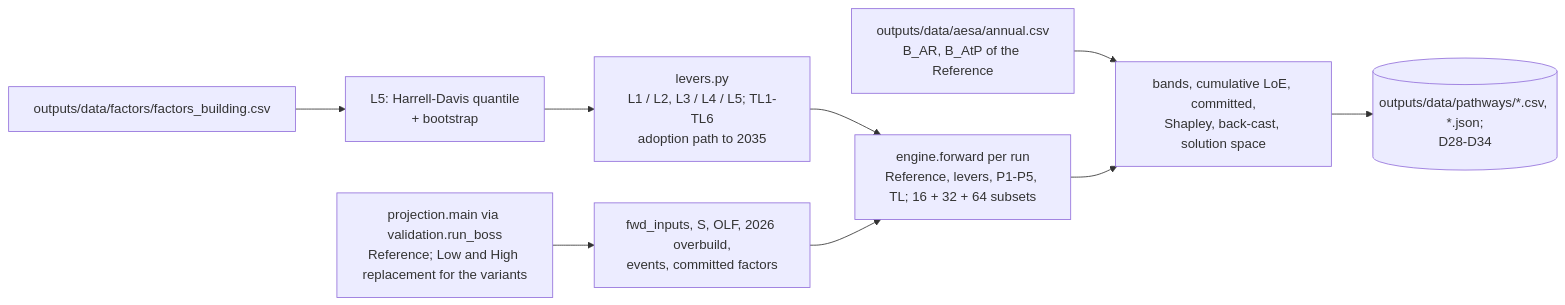
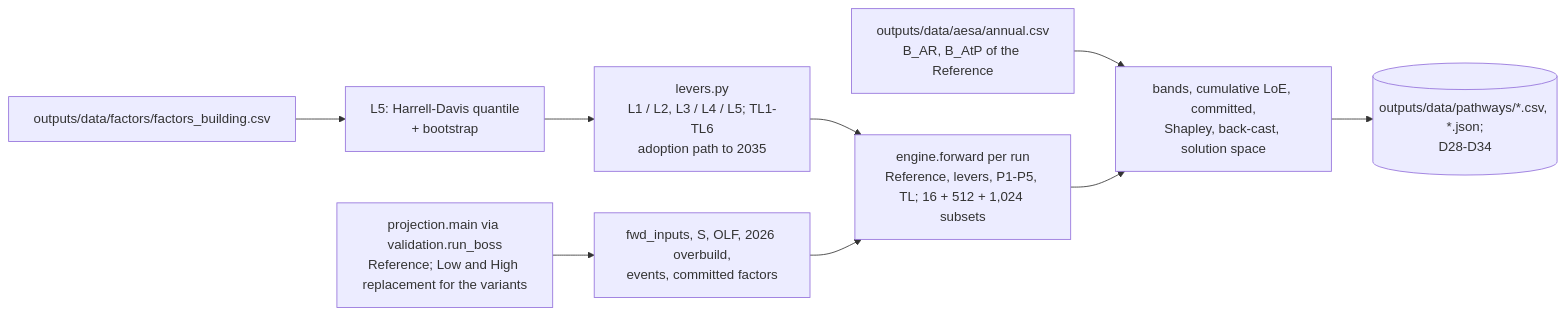
Before and after one commit to GerasimosChristoforatos/Pathway-Paper: the third of 3 diagrams in ARCHITECTURE.md, drawn with Mermaid. The commit also changed other lines of this file and 17 other files, not shown here.

````diff
--- a/ARCHITECTURE.md
+++ b/ARCHITECTURE.md
@@ -471,11 +471,11 @@
 ```mermaid
 flowchart LR
     PROJ["projection.main via validation.run_boss<br/>Reference; Low and High replacement for the variants"] --> CTX["fwd_inputs, S, OLF, 2026 overbuild,<br/>events, committed factors"]
     FB["outputs/data/factors/factors_building.csv"] --> L5["L5: Harrell-Davis quantile<br/>+ bootstrap"]
     LEV["levers.py<br/>L1 / L2, L3 / L4 / L5; TL1-TL6<br/>adoption path to 2035"] --> RUN
     L5 --> LEV
-    CTX --> RUN["engine.forward per run<br/>Reference, levers, P1-P5, TL; 16 + 32 + 64 subsets"]
+    CTX --> RUN["engine.forward per run<br/>Reference, levers, P1-P5, TL; 16 + 512 + 1,024 subsets"]
     AESA["outputs/data/aesa/annual.csv<br/>B_AR, B_AtP of the Reference"] --> GAP
     RUN --> GAP["bands, cumulative LoE, committed,<br/>Shapley, back-cast, solution space"]
     GAP --> OUTP[("outputs/data/pathways/*.csv, *.json;<br/>D28-D34")]
 ```
````
